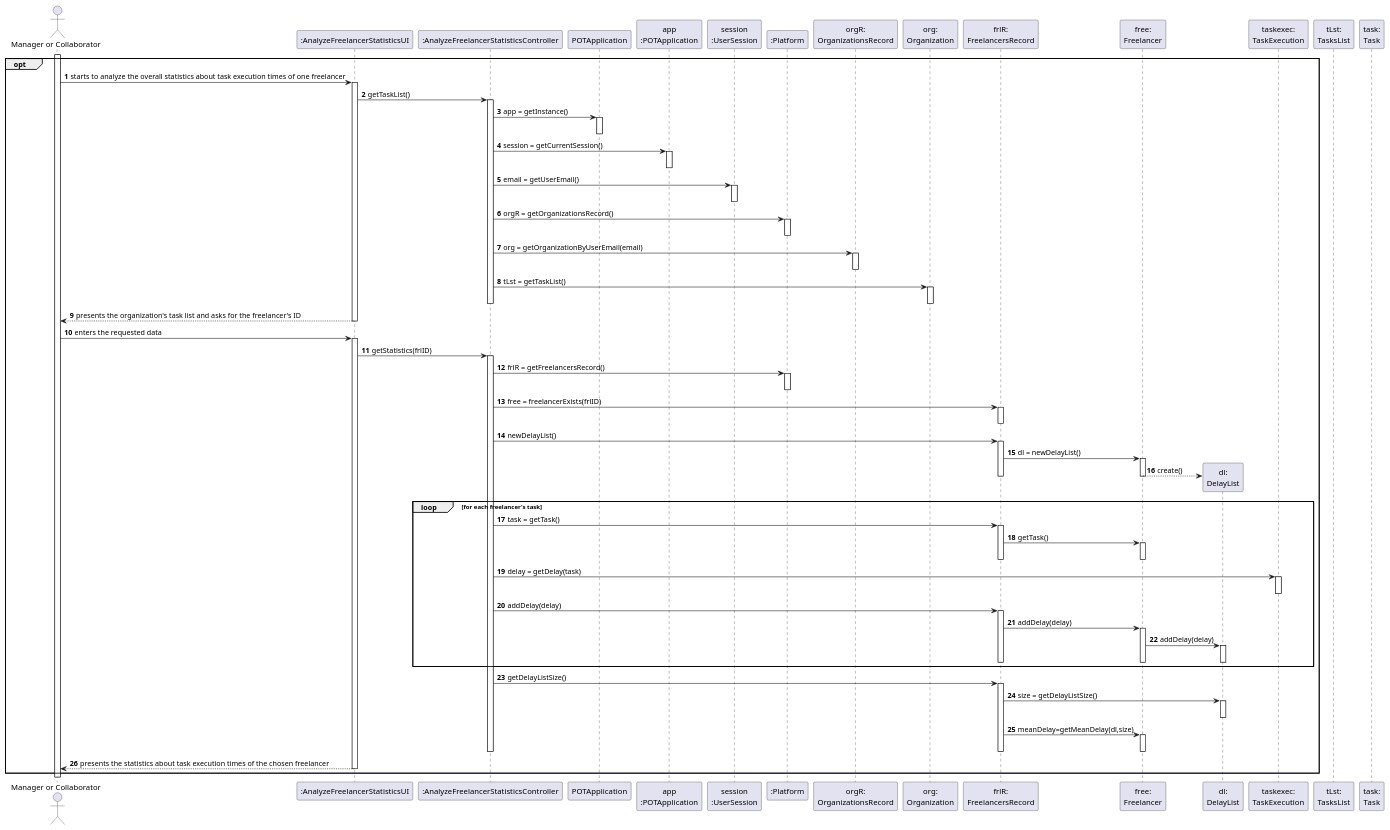
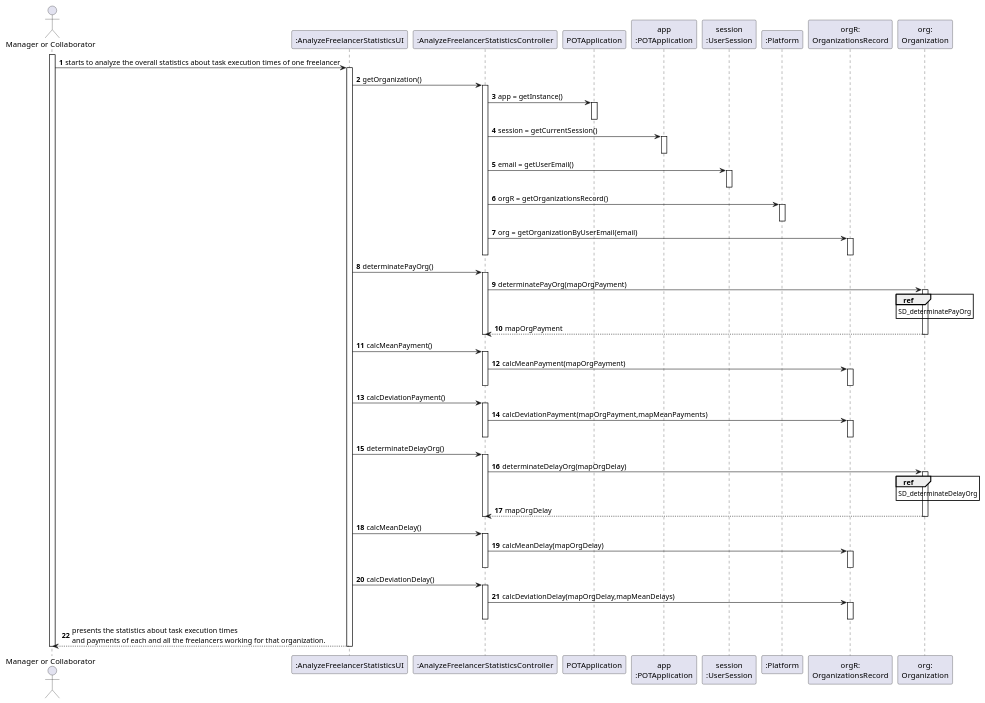
The diagram in docs/UC8 - Analyze freelancer statistics/UC8_SD.puml (pedrolemos4/LAPR2), drawn with PlantUML before and after one commit. The commit also changed 6 other files, not shown here.

```diff
--- a/docs/UC8 - Analyze freelancer statistics/UC8_SD.puml
+++ b/docs/UC8 - Analyze freelancer statistics/UC8_SD.puml
@@ -1,130 +1,104 @@
 @startuml
 autonumber
 
 actor "Manager or Collaborator" as CO
 participant ":AnalyzeFreelancerStatisticsUI" as UI
 participant ":AnalyzeFreelancerStatisticsController" as CTRL
 participant "POTApplication" as _APP
 participant "app\n:POTApplication" as APP
 participant "session\n:UserSession" as SESSAO
 participant ":Platform" as PLAT
 participant "orgR:\nOrganizationsRecord" as ORGR
 participant "org:\nOrganization" as ORG
-participant "frlR:\nFreelancersRecord" as FR
-participant "free:\nFreelancer" as FRL
-participant "dl:\nDelayList" as DL
-participant "taskexec:\nTaskExecution" as TEXEC
-participant "tLst:\nTasksList" as TL
-participant "task:\nTask" as TA
 
 
-opt
 activate CO
 CO -> UI : starts to analyze the overall statistics about task execution times of one freelancer
 
 activate UI
-UI -> CTRL: getTaskList()
+UI -> CTRL: getOrganization()
 
 activate CTRL 
 
 CTRL -> _APP: app = getInstance()
 activate _APP
 deactivate _APP
 
 CTRL -> APP: session = getCurrentSession()
 activate APP
 deactivate APP
 
 CTRL -> SESSAO: email = getUserEmail()
 activate SESSAO
 deactivate SESSAO
 
 CTRL -> PLAT: orgR = getOrganizationsRecord()
 activate PLAT
 deactivate PLAT
 
 CTRL -> ORGR: org = getOrganizationByUserEmail(email)
 activate ORGR
 deactivate ORGR
+deactivate CTRL
+ 
 
-CTRL -> ORG: tLst = getTaskList()
+UI -> CTRL : determinatePayOrg()
+activate CTRL
+
+CTRL -> ORG : determinatePayOrg(mapOrgPayment)
 activate ORG
+ref over ORG
+SD_determinatePayOrg
+end ref
+CTRL <-- ORG : mapOrgPayment
 deactivate ORG
-
-deactivate CTRL 
-UI --> CO : presents the organization's task list and asks for the freelancer's ID
-deactivate UI
-
-CO -> UI : enters the requested data
-
-activate UI
-UI -> CTRL : getStatistics(frlID)
-
-
-activate CTRL
-CTRL -> PLAT: frlR = getFreelancersRecord()
-activate PLAT
-deactivate PLAT
-
-CTRL -> FR: free = freelancerExists(frlID)
-activate FR
-deactivate FR
-
-CTRL -> FR : newDelayList()
-activate FR
-
-FR -> FRL : dl = newDelayList()
-activate FRL
-FRL --> DL**: create()
-deactivate FRL
-deactivate FR
-
-loop for each freelancer's task
-CTRL -> FR :task = getTask()
-activate FR
-
-FR -> FRL : getTask()
-activate FRL
-deactivate FR
-deactivate FRL
-
-CTRL -> TEXEC: delay = getDelay(task)
-activate TEXEC
-deactivate TEXEC
-
-CTRL -> FR : addDelay(delay)
-activate FR 
-
-FR -> FRL : addDelay(delay)
-activate FRL
-
-FRL -> DL : addDelay(delay)
-activate DL
-deactivate DL
-deactivate FRL
-deactivate FR
-
-end 
-
-CTRL -> FR : getDelayListSize()
-
-activate FR
-FR -> DL : size = getDelayListSize()
-activate DL
-deactivate DL
-
-FR -> FRL : meanDelay=getMeanDelay(dl,size)
-activate FRL
-deactivate FRL
-deactivate FR
-
 deactivate CTRL
 
 
-UI --> CO : presents the statistics about task execution times of the chosen freelancer
+UI -> CTRL : calcMeanPayment()
+activate CTRL
+CTRL -> ORGR : calcMeanPayment(mapOrgPayment)
+activate ORGR
+deactivate ORGR
+deactivate CTRL
+
+UI -> CTRL : calcDeviationPayment()
+activate CTRL
+CTRL -> ORGR : calcDeviationPayment(mapOrgPayment,mapMeanPayments)
+activate ORGR
+deactivate ORGR
+deactivate CTRL
+
+UI -> CTRL : determinateDelayOrg()
+activate CTRL
+CTRL -> ORG : determinateDelayOrg(mapOrgDelay)
+activate ORG
+ref over ORG
+SD_determinateDelayOrg
+end ref
+CTRL <-- ORG : mapOrgDelay
+deactivate ORG
+deactivate CTRL
+
+UI -> CTRL : calcMeanDelay()
+activate CTRL
+CTRL -> ORGR : calcMeanDelay(mapOrgDelay)
+activate ORGR
+deactivate ORGR
+deactivate CTRL
+
+UI -> CTRL : calcDeviationDelay()
+activate CTRL
+CTRL -> ORGR : calcDeviationDelay(mapOrgDelay,mapMeanDelays)
+activate ORGR
+deactivate ORGR
+deactivate CTRL
+
+
+
+UI --> CO : presents the statistics about task execution times\nand payments of each and all the freelancers working for that organization.
 deactivate UI
 
-end
 
 deactivate CO
 @enduml
```
